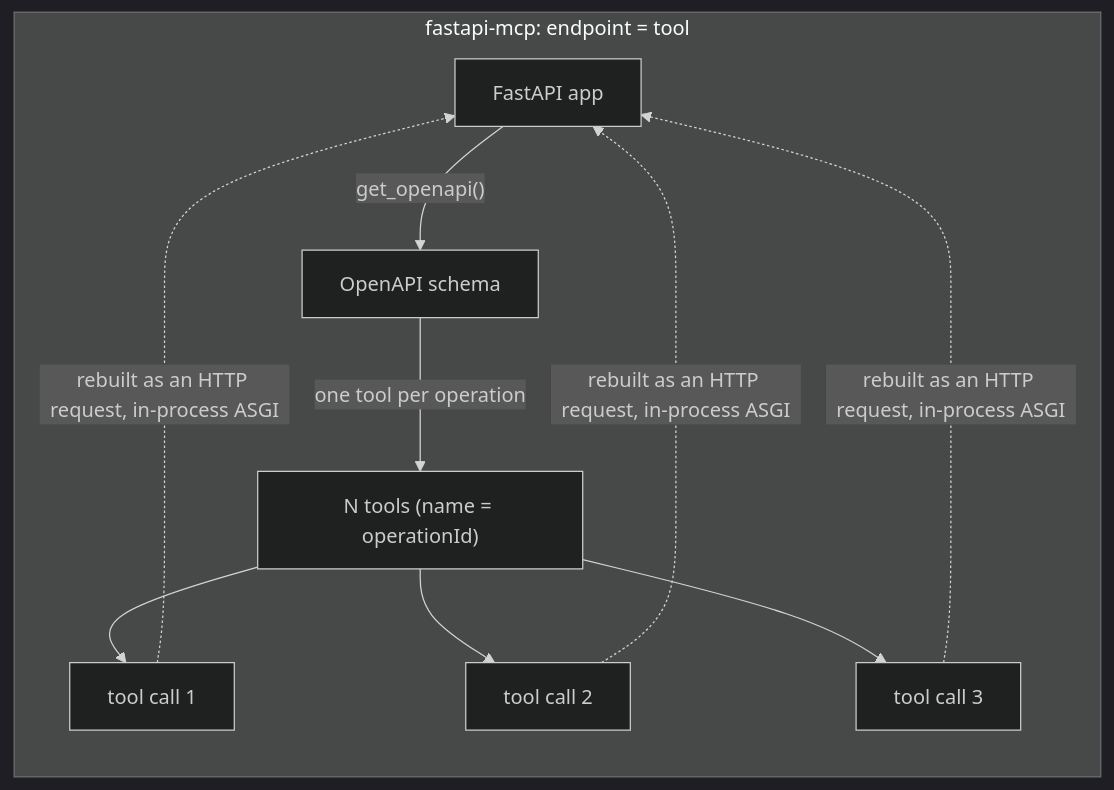
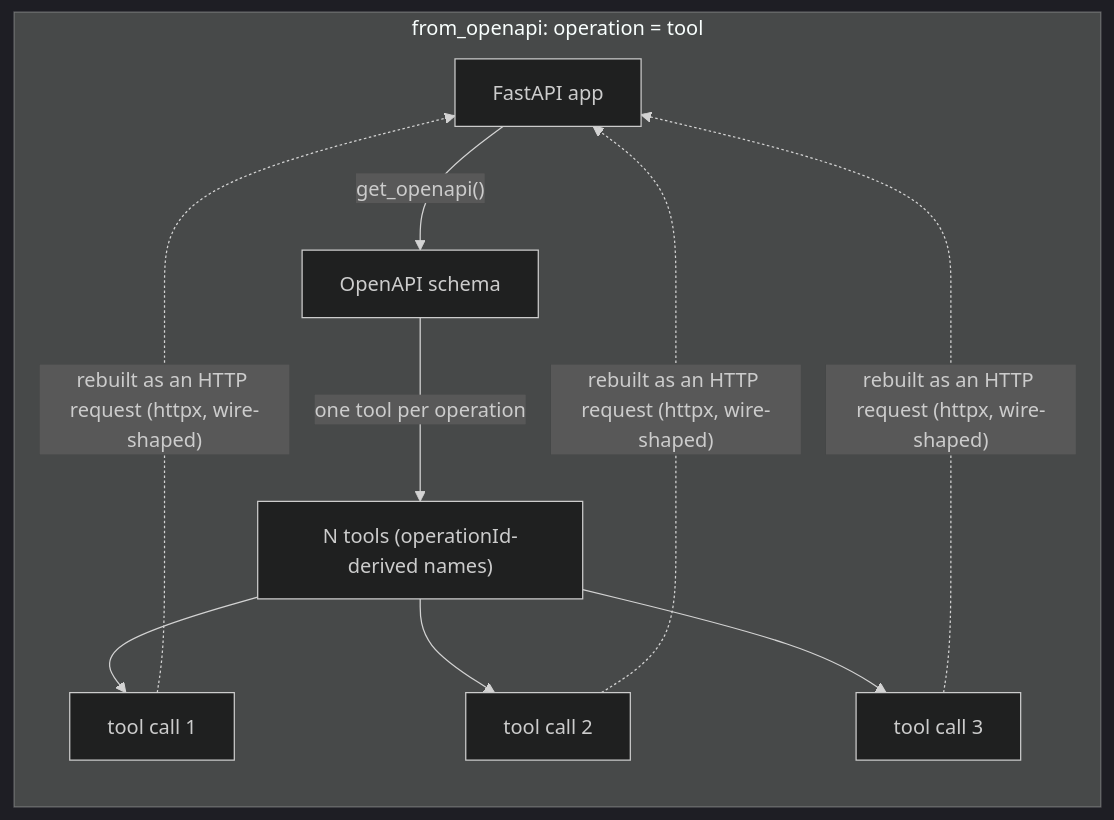
The first of 2 diagrams in comparison/README.md (KLR-Pattern/fastapi-gql-mcp), drawn with Mermaid (dark theme) before and after one commit. The commit also changed other lines of this file and 8 other files, not shown here.

First line of the commit message:
docs(comparison): benchmark against FastMCP.from_openapi instead of fastapi-mcp

````diff
--- a/comparison/README.md
+++ b/comparison/README.md
@@ -22,9 +25,9 @@
 ```mermaid
 flowchart LR
-  subgraph theirs ["fastapi-mcp: endpoint = tool"]
+  subgraph theirs ["from_openapi: operation = tool"]
     A1[FastAPI app] -->|"get_openapi()"| O[OpenAPI schema]
-    O -->|one tool per operation| T1["N tools (name = operationId)"]
+    O -->|one tool per operation| T1["N tools (operationId-derived names)"]
     T1 --> C1[tool call 1] & C2[tool call 2] & C3[tool call 3]
-    C1 & C2 & C3 -.->|"rebuilt as an HTTP request, in-process ASGI"| A1
+    C1 & C2 & C3 -.->|"rebuilt as an HTTP request (httpx, wire-shaped)"| A1
   end
 ```
````
